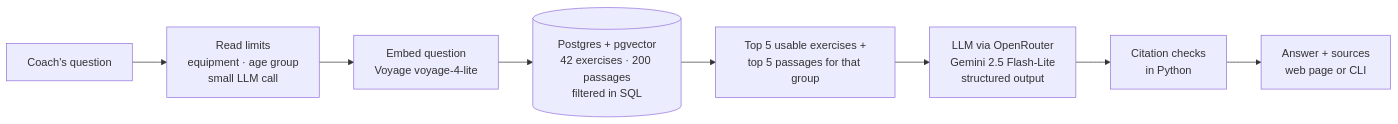
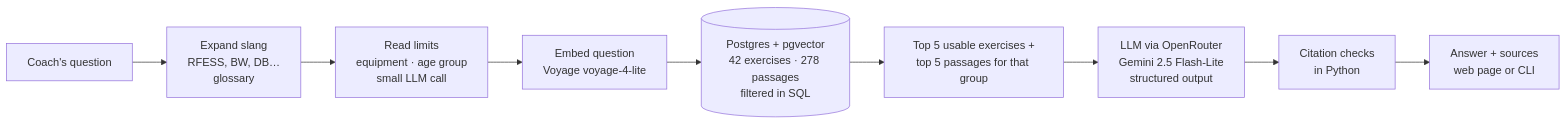
Before and after one commit to muskii1z/rag-motion: the first of 2 diagrams in README.md, drawn with Mermaid. The commit also changed other lines of this file and 10 other files, not shown here.

````diff
--- a/README.md
+++ b/README.md
@@ -21,10 +22,11 @@
 ```mermaid
 flowchart LR
-    Q[Coach's question] --> F[Read limits<br/>equipment · age group<br/>small LLM call]
+    Q[Coach's question] --> G[Expand slang<br/>RFESS, BW, DB…<br/>glossary]
+    G --> F[Read limits<br/>equipment · age group<br/>small LLM call]
     F --> E[Embed question<br/>Voyage voyage-4-lite]
-    E --> S[(Postgres + pgvector<br/>42 exercises · 200 passages<br/>filtered in SQL)]
+    E --> S[(Postgres + pgvector<br/>42 exercises · 278 passages<br/>filtered in SQL)]
     S --> R[Top 5 usable exercises +<br/>top 5 passages for that group]
     R --> L[LLM via OpenRouter<br/>Gemini 2.5 Flash-Lite<br/>structured output]
     L --> C[Citation checks<br/>in Python]
     C --> A[Answer + sources<br/>web page or CLI]
 ```
````
